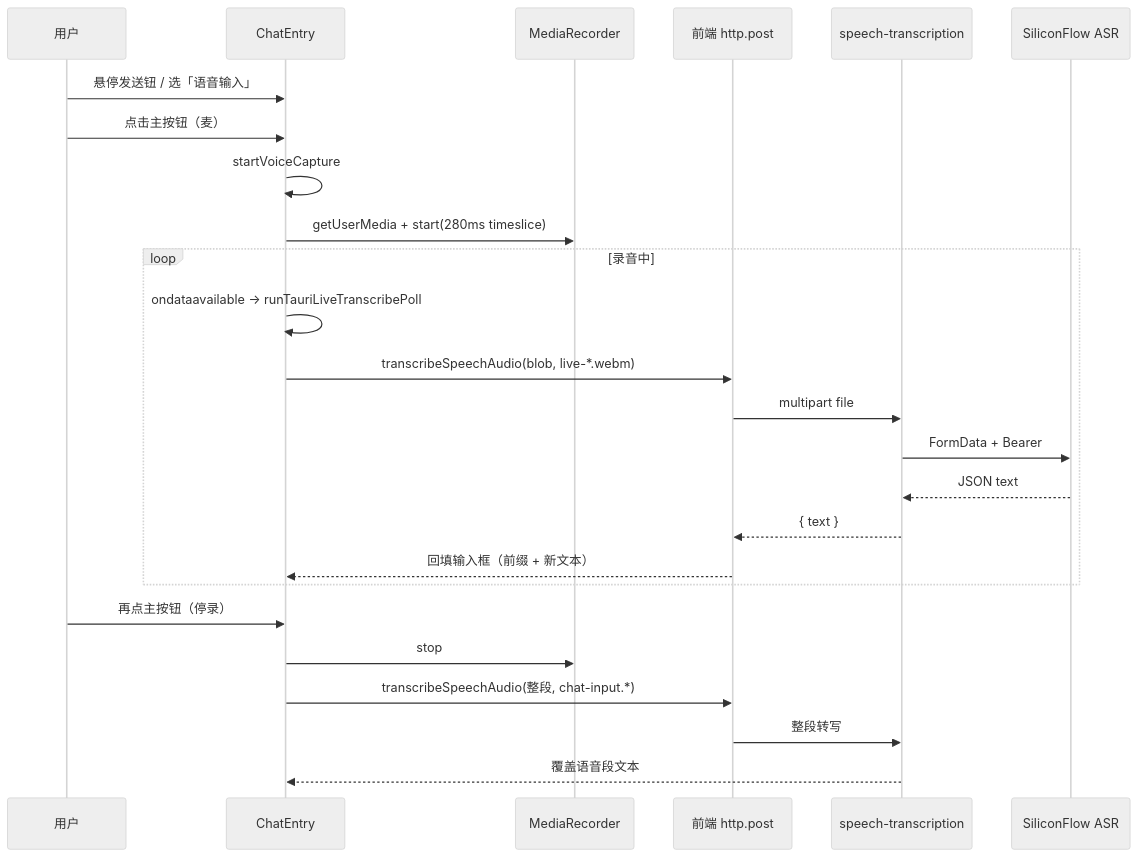
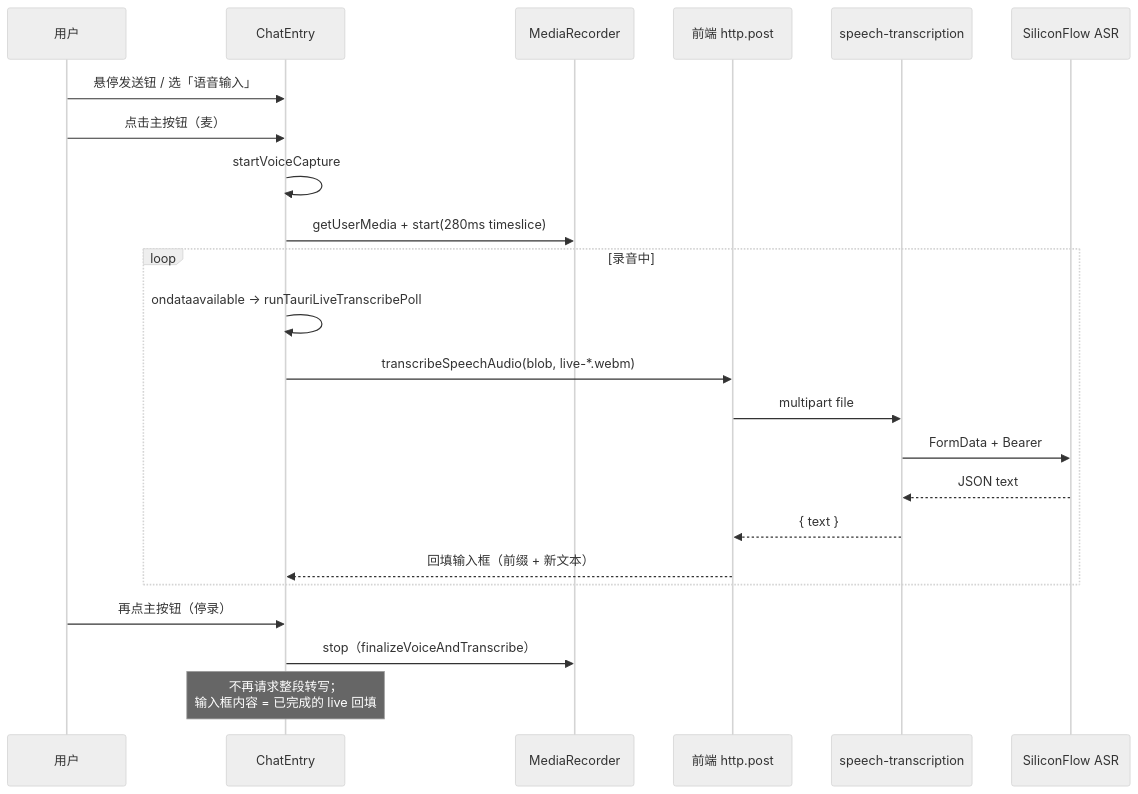
Before and after one commit to dnhyxc/dnhyxc-ai: the diagram in docs/frontend/voice-input-implementation.md, drawn with Mermaid (neutral theme). The commit also changed other lines of this file and 2 other files, not shown here.

````diff
--- a/docs/frontend/voice-input-implementation.md
+++ b/docs/frontend/voice-input-implementation.md
@@ -22,28 +22,26 @@
 ```mermaid
 sequenceDiagram
 	participant U as 用户
 	participant CE as ChatEntry
 	participant MR as MediaRecorder
 	participant API as 前端 http.post
 	participant BE as speech-transcription
 	participant SF as SiliconFlow ASR
 
 	U->>CE: 悬停发送钮 / 选「语音输入」
 	U->>CE: 点击主按钮（麦）
 	CE->>CE: startVoiceCapture
 	CE->>MR: getUserMedia + start(280ms timeslice)
 	loop 录音中
 		CE->>CE: ondataavailable → runTauriLiveTranscribePoll
 		CE->>API: transcribeSpeechAudio(blob, live-*.webm)
 		API->>BE: multipart file
 		BE->>SF: FormData + Bearer
 		SF-->>BE: JSON text
 		BE-->>API: { text }
 		API-->>CE: 回填输入框（前缀 + 新文本）
 	end
 	U->>CE: 再点主按钮（停录）
-	CE->>MR: stop
-	CE->>API: transcribeSpeechAudio(整段, chat-input.*)
-	API->>BE: 整段转写
-	BE-->>CE: 覆盖语音段文本
+	CE->>MR: stop（finalizeVoiceAndTranscribe）
+	Note over CE: 不再请求整段转写；<br/>输入框内容 = 已完成的 live 回填
 ```
````
